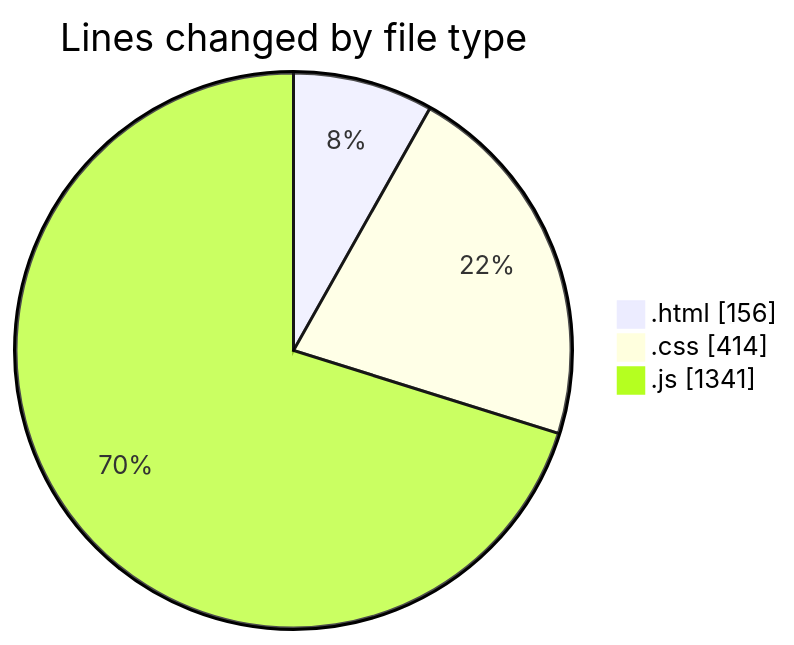
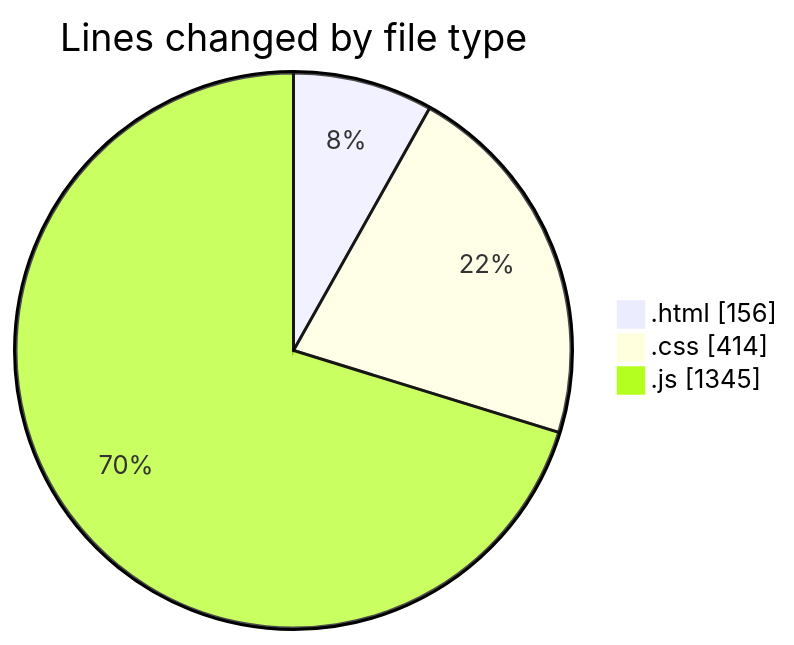
The first of 2 diagrams in 2025-03-03/snake-game/README.md (robertbonfada/code-tracking), drawn with Mermaid before and after one commit. The commit also changed other lines of this file and 1 other file, not shown here.

````diff
--- a/2025-03-03/snake-game/README.md
+++ b/2025-03-03/snake-game/README.md
@@ -24,7 +24,7 @@
 ```mermaid
 pie showData
 title Lines changed by file type
 ".html" : 156
 ".css" : 414
-".js" : 1341
+".js" : 1345
 ```
````
